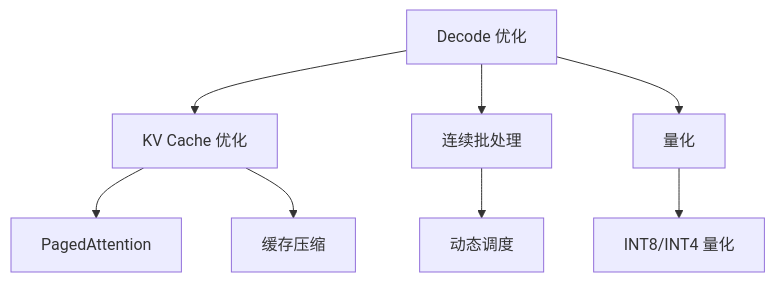
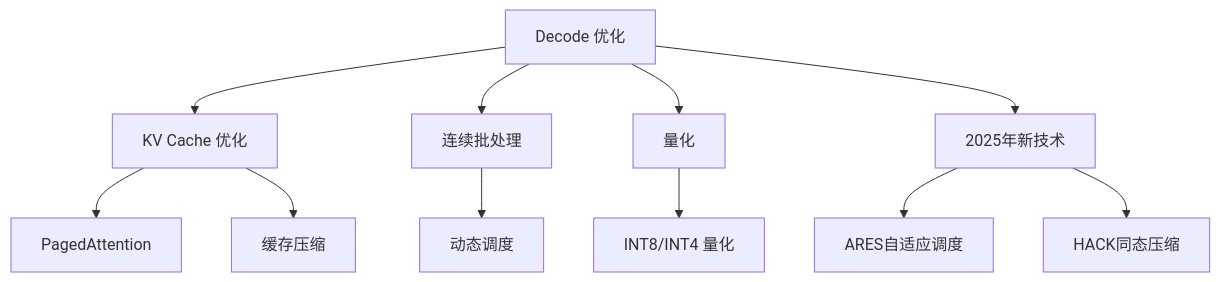
Before and after one commit to Xunzhuo/mini-sglang: diagram 12 of 14 in learning/website/docs/basics/14-inference-process.md, drawn with Mermaid. The commit also changed other lines of this file and 9 other files, not shown here.

````diff
--- a/learning/website/docs/basics/14-inference-process.md
+++ b/learning/website/docs/basics/14-inference-process.md
@@ -268,11 +390,14 @@
 ```mermaid
 graph TB
     Goal[Decode 优化] --> Tech1[KV Cache 优化]
     Goal --> Tech2[连续批处理]
     Goal --> Tech3[量化]
+    Goal --> Tech4[2025年新技术]
     
     Tech1 --> D1[PagedAttention]
     Tech1 --> D2[缓存压缩]
     Tech2 --> D3[动态调度]
     Tech3 --> D4[INT8/INT4 量化]
+    Tech4 --> D5[ARES自适应调度]
+    Tech4 --> D6[HACK同态压缩]
 ```
````
